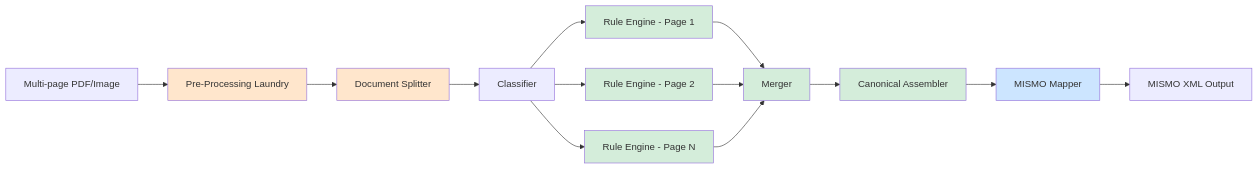
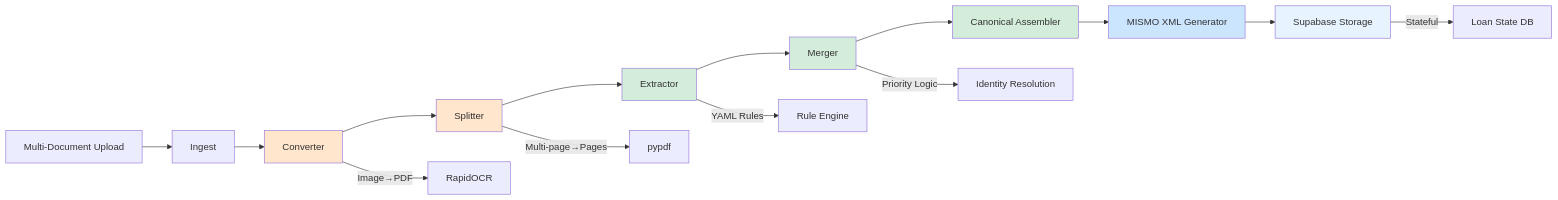
The diagram in Data-Extraction/docs/ARCHITECTURE.md (ConferInc/Temporal-Project-Practice), drawn with Mermaid before and after one commit. The commit also changed other lines of this file and 109 other files, not shown here.

First line of the commit message:
docs: Update architecture documentation for Phase 2

````diff
--- a/Data-Extraction/docs/ARCHITECTURE.md
+++ b/Data-Extraction/docs/ARCHITECTURE.md
@@ -13,24 +13,25 @@
 ```mermaid
 graph LR
-    A[Multi-page PDF/Image] --> B[Pre-Processing Laundry]
-    B --> C[Document Splitter]
-    C --> D[Classifier]
-    D --> E1[Rule Engine - Page 1]
-    D --> E2[Rule Engine - Page 2]
-    D --> E3[Rule Engine - Page N]
-    E1 --> F[Merger]
-    E2 --> F
-    E3 --> F
+    A[Multi-Document Upload] --> B[Ingest]
+    B --> C[Converter]
+    C --> D[Splitter]
+    D --> E[Extractor]
+    E --> F[Merger]
     F --> G[Canonical Assembler]
-    G --> H[MISMO Mapper]
-    H --> I[MISMO XML Output]
+    G --> H[MISMO XML Generator]
+    H --> I[Supabase Storage]
 
-    style B fill:#ffe6cc
+    C -->|Image→PDF| C1[RapidOCR]
+    D -->|Multi-page→Pages| D1[pypdf]
+    E -->|YAML Rules| E1[Rule Engine]
+    F -->|Priority Logic| F1[Identity Resolution]
+    I -->|Stateful| I1[Loan State DB]
+
     style C fill:#ffe6cc
-    style E1 fill:#d4edda
-    style E2 fill:#d4edda
-    style E3 fill:#d4edda
+    style D fill:#ffe6cc
+    style E fill:#d4edda
     style F fill:#d4edda
     style G fill:#d4edda
     style H fill:#cce5ff
+    style I fill:#e7f3ff
 ```
````
